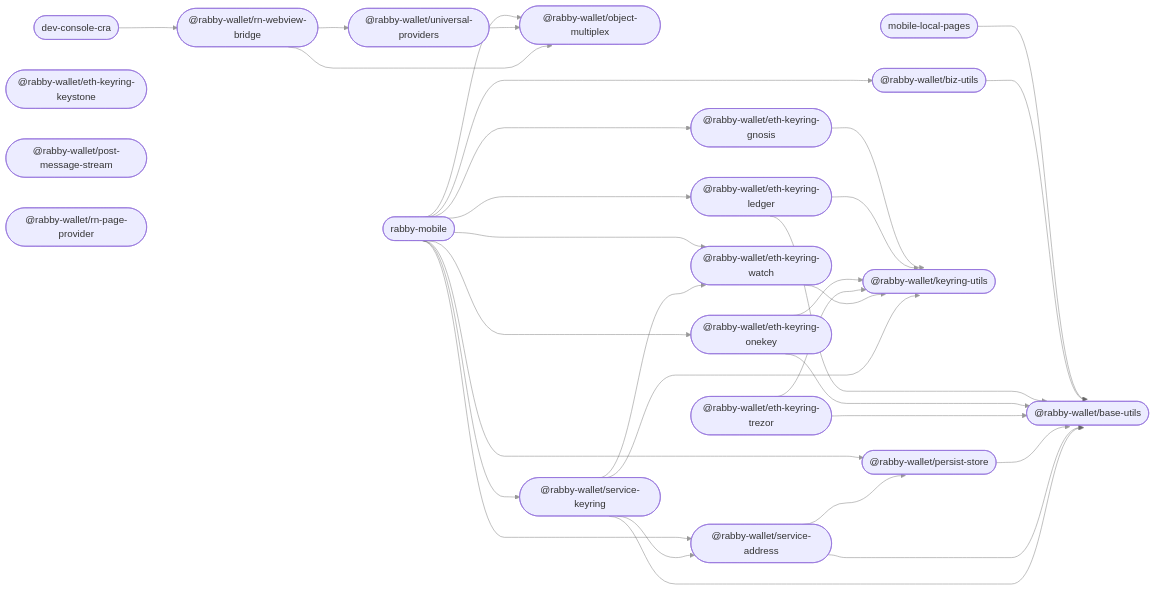
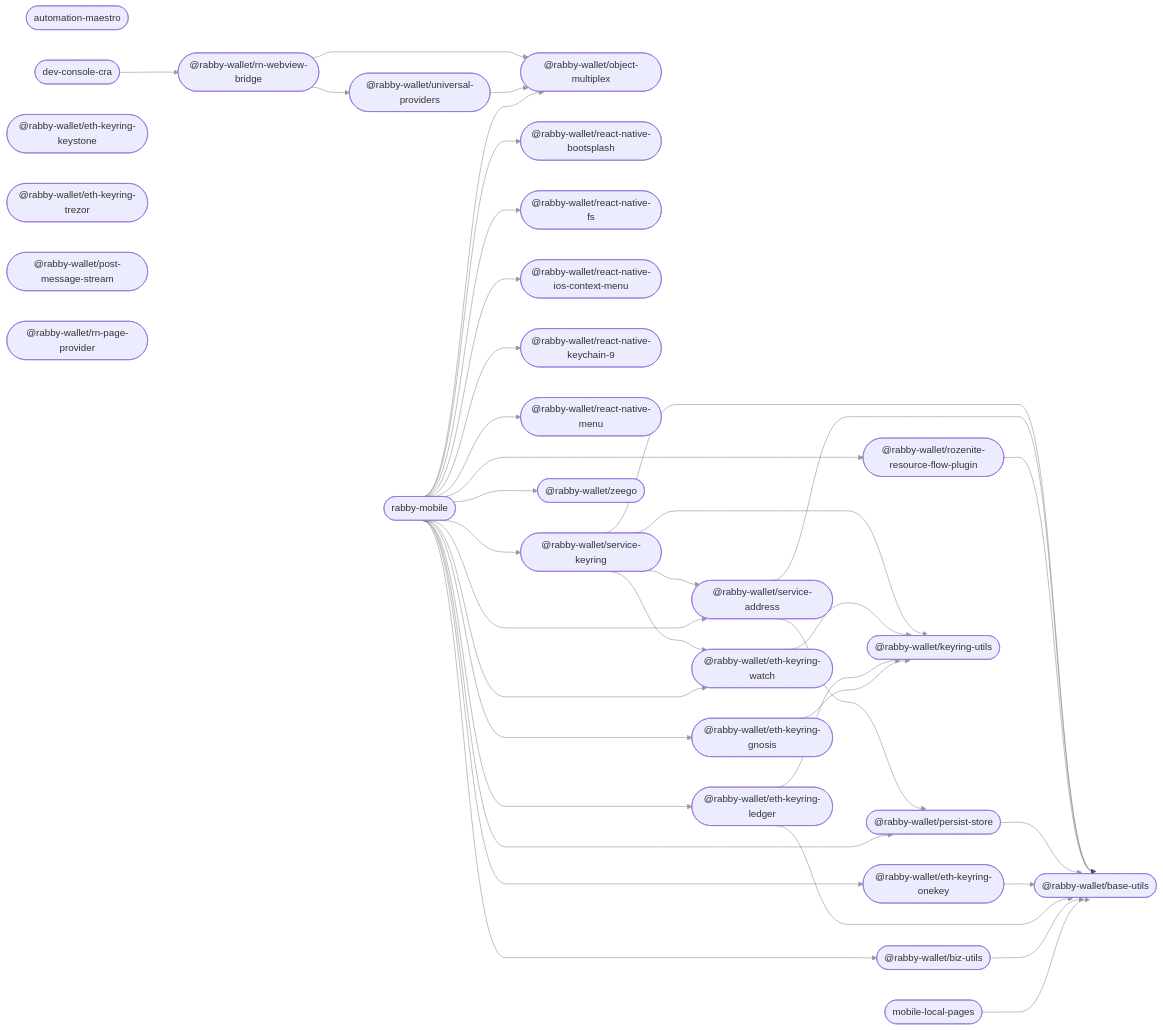
The diagram in README.md (RabbyHub/rabby-mobile), drawn with Mermaid before and after one commit. The commit also changed other lines of this file and 1 other file, not shown here.

Commit message:
chore: refresh the README dependency graph and tighten R8 suppressions

````diff
--- a/README.md
+++ b/README.md
@@ -38,55 +46,68 @@
 ```mermaid
 %%{ init: { 'flowchart': { 'curve': 'bumpX' } } }%%
 graph LR;
 linkStyle default opacity:0.5
+  automation_maestro(["automation-maestro"]);
   dev_console_cra(["dev-console-cra"]);
   rabby_mobile(["rabby-mobile"]);
   mobile_local_pages(["mobile-local-pages"]);
   base_utils(["@rabby-wallet/base-utils"]);
   biz_utils(["@rabby-wallet/biz-utils"]);
   eth_keyring_gnosis(["@rabby-wallet/eth-keyring-gnosis"]);
   eth_keyring_keystone(["@rabby-wallet/eth-keyring-keystone"]);
   eth_keyring_ledger(["@rabby-wallet/eth-keyring-ledger"]);
   eth_keyring_onekey(["@rabby-wallet/eth-keyring-onekey"]);
   eth_keyring_trezor(["@rabby-wallet/eth-keyring-trezor"]);
   eth_keyring_watch(["@rabby-wallet/eth-keyring-watch"]);
   keyring_utils(["@rabby-wallet/keyring-utils"]);
   object_multiplex(["@rabby-wallet/object-multiplex"]);
   persist_store(["@rabby-wallet/persist-store"]);
   post_message_stream(["@rabby-wallet/post-message-stream"]);
   universal_providers(["@rabby-wallet/universal-providers"]);
+  react_native_bootsplash(["@rabby-wallet/react-native-bootsplash"]);
+  react_native_fs(["@rabby-wallet/react-native-fs"]);
+  react_native_ios_context_menu(["@rabby-wallet/react-native-ios-context-menu"]);
+  react_native_keychain_9(["@rabby-wallet/react-native-keychain-9"]);
+  react_native_menu(["@rabby-wallet/react-native-menu"]);
   rn_page_provider(["@rabby-wallet/rn-page-provider"]);
   rn_webview_bridge(["@rabby-wallet/rn-webview-bridge"]);
+  rozenite_resource_flow_plugin(["@rabby-wallet/rozenite-resource-flow-plugin"]);
   service_address(["@rabby-wallet/service-address"]);
   service_keyring(["@rabby-wallet/service-keyring"]);
+  zeego(["@rabby-wallet/zeego"]);
   dev_console_cra --> rn_webview_bridge;
   rabby_mobile --> biz_utils;
   rabby_mobile --> eth_keyring_gnosis;
   rabby_mobile --> eth_keyring_ledger;
   rabby_mobile --> eth_keyring_onekey;
   rabby_mobile --> eth_keyring_watch;
   rabby_mobile --> object_multiplex;
   rabby_mobile --> persist_store;
+  rabby_mobile --> react_native_bootsplash;
+  rabby_mobile --> react_native_fs;
+  rabby_mobile --> react_native_ios_context_menu;
+  rabby_mobile --> react_native_keychain_9;
+  rabby_mobile --> react_native_menu;
+  rabby_mobile --> rozenite_resource_flow_plugin;
   rabby_mobile --> service_address;
   rabby_mobile --> service_keyring;
+  rabby_mobile --> zeego;
   mobile_local_pages --> base_utils;
   biz_utils --> base_utils;
   eth_keyring_gnosis --> keyring_utils;
   eth_keyring_ledger --> base_utils;
   eth_keyring_ledger --> keyring_utils;
   eth_keyring_onekey --> base_utils;
-  eth_keyring_onekey --> keyring_utils;
-  eth_keyring_trezor --> base_utils;
-  eth_keyring_trezor --> keyring_utils;
   eth_keyring_watch --> keyring_utils;
   persist_store --> base_utils;
   universal_providers --> object_multiplex;
   rn_webview_bridge --> object_multiplex;
   rn_webview_bridge --> universal_providers;
+  rozenite_resource_flow_plugin --> base_utils;
   service_address --> base_utils;
   service_address --> persist_store;
   service_keyring --> base_utils;
   service_keyring --> eth_keyring_watch;
   service_keyring --> keyring_utils;
   service_keyring --> service_address;
 ```
````
